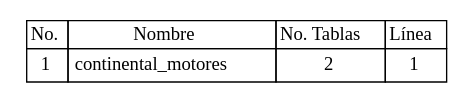
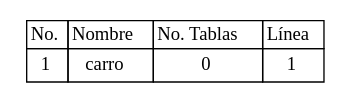
The diagram in Back/Web/tablas/tablaBD.dot (Jodyannre/COMPI2_proyecto2_2022), drawn with Graphviz before and after one commit. The commit also changed 20 other files, not shown here.

```diff
--- a/Back/Web/tablas/tablaBD.dot
+++ b/Back/Web/tablas/tablaBD.dot
@@ -1,27 +1,27 @@
 
 	digraph {
 		tablaSimbolos [
 		  shape=plaintext
 		  label=<
 			<table border='0' cellborder='1' color='black' cellspacing='0'>
 			  <tr>
 				  <td>No.</td>
 				  <td>Nombre</td>
 				  <td>No. Tablas</td>
 				  <td>Línea</td>
 			  </tr>
 <tr>
 <td cellpadding='4'>
 1
 </td>
-<td cellpadding='4'>continental_motores
+<td cellpadding='4'>carro
 </td>
-<td cellpadding='4'>2
+<td cellpadding='4'>0
 </td>
 <td cellpadding='4'>1
 </td>
 </tr>
 
 		</table>
 		>];
 	}
```
